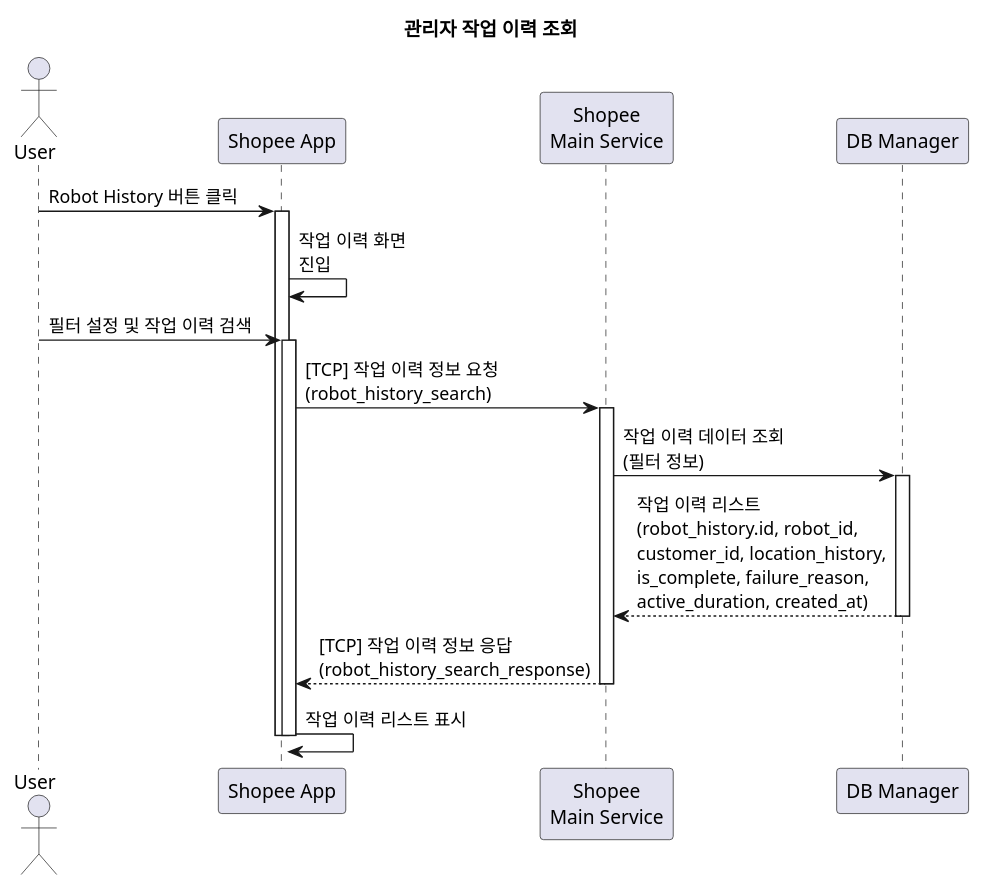
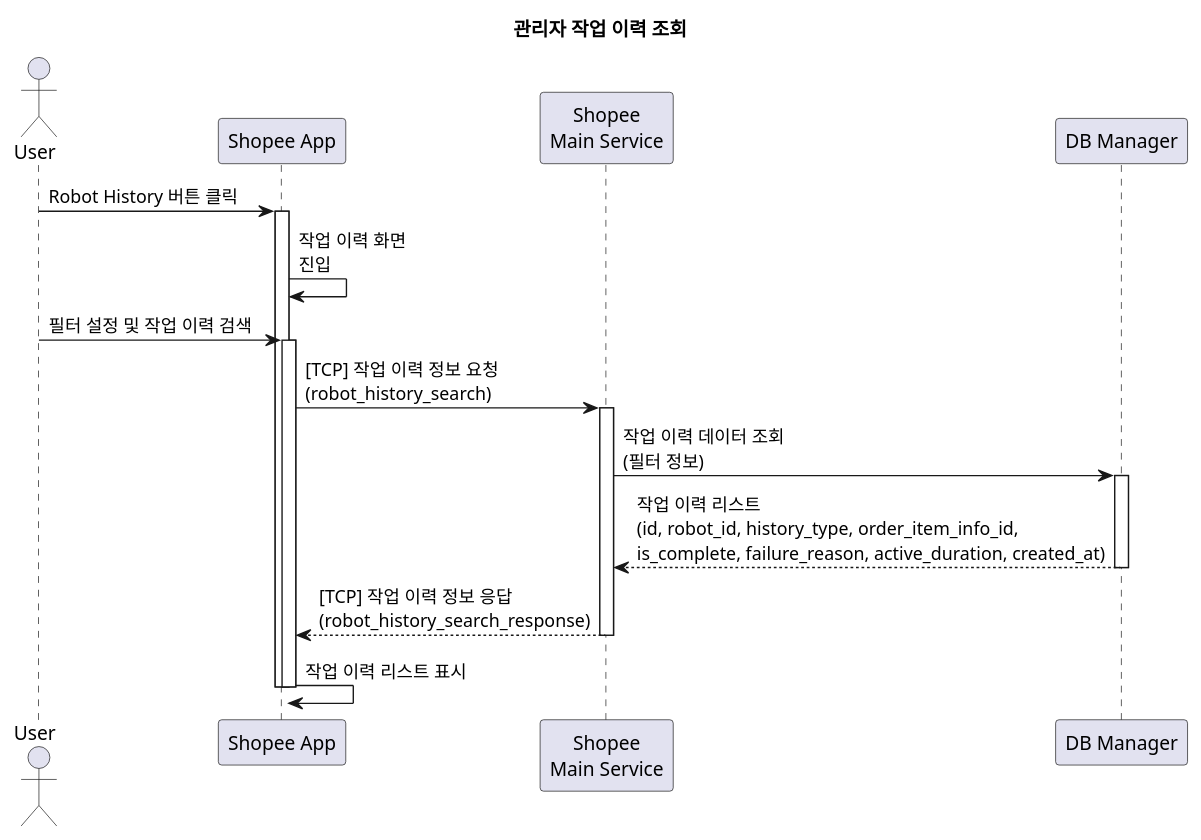
One commit to addinedu-roscamp-7th/roscamp-repo-1 changed the diagram in docs/SequenceDiagram/SC_05_3.md. Above: the diagram before and after it, drawn with PlantUML. The commit also changed 12 other files, not shown here.

```diff
--- a/docs/SequenceDiagram/SC_05_3.md
+++ b/docs/SequenceDiagram/SC_05_3.md
@@ -1,33 +1,33 @@
 @startuml SC_05_3
 title 관리자 작업 이력 조회
 actor User as user
 participant "Shopee App" as app
 participant "Shopee\nMain Service" as shopee
 participant "DB Manager" as db
 
 user -> app: Robot History 버튼 클릭
 activate app
 
 app -> app: 작업 이력 화면\n진입
 
 user -> app: 필터 설정 및 작업 이력 검색
 activate app
 
 app -> shopee: [TCP] 작업 이력 정보 요청\n(robot_history_search)
 activate shopee
 
 shopee -> db: 작업 이력 데이터 조회\n(필터 정보)
 activate db
 
-db --> shopee: 작업 이력 리스트\n(robot_history.id, robot_id,\ncustomer_id, location_history,\nis_complete, failure_reason,\nactive_duration, created_at)
+db --> shopee: 작업 이력 리스트\n(id, robot_id, history_type, order_item_info_id,\nis_complete, failure_reason, active_duration, created_at)
 deactivate db
 
 shopee --> app: [TCP] 작업 이력 정보 응답\n(robot_history_search_response)
 deactivate shopee
 
 app -> app: 작업 이력 리스트 표시
 
 deactivate app
 deactivate app
 
 @enduml
```
